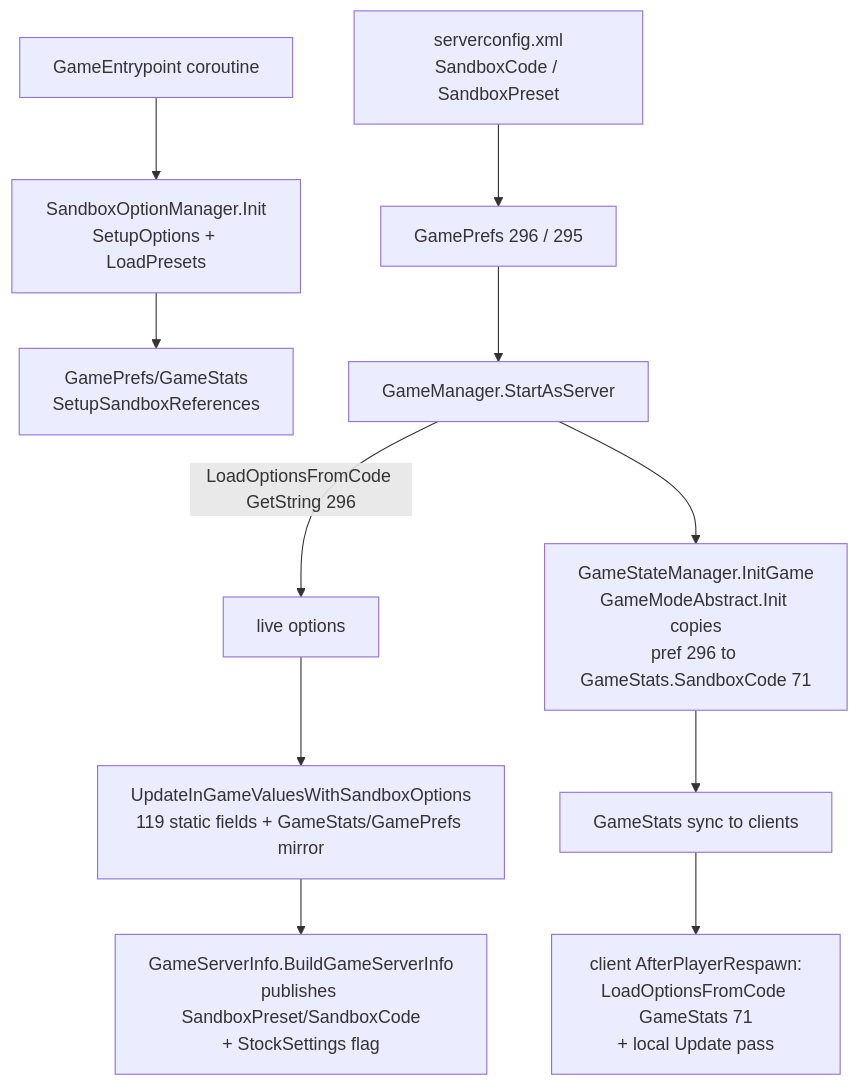
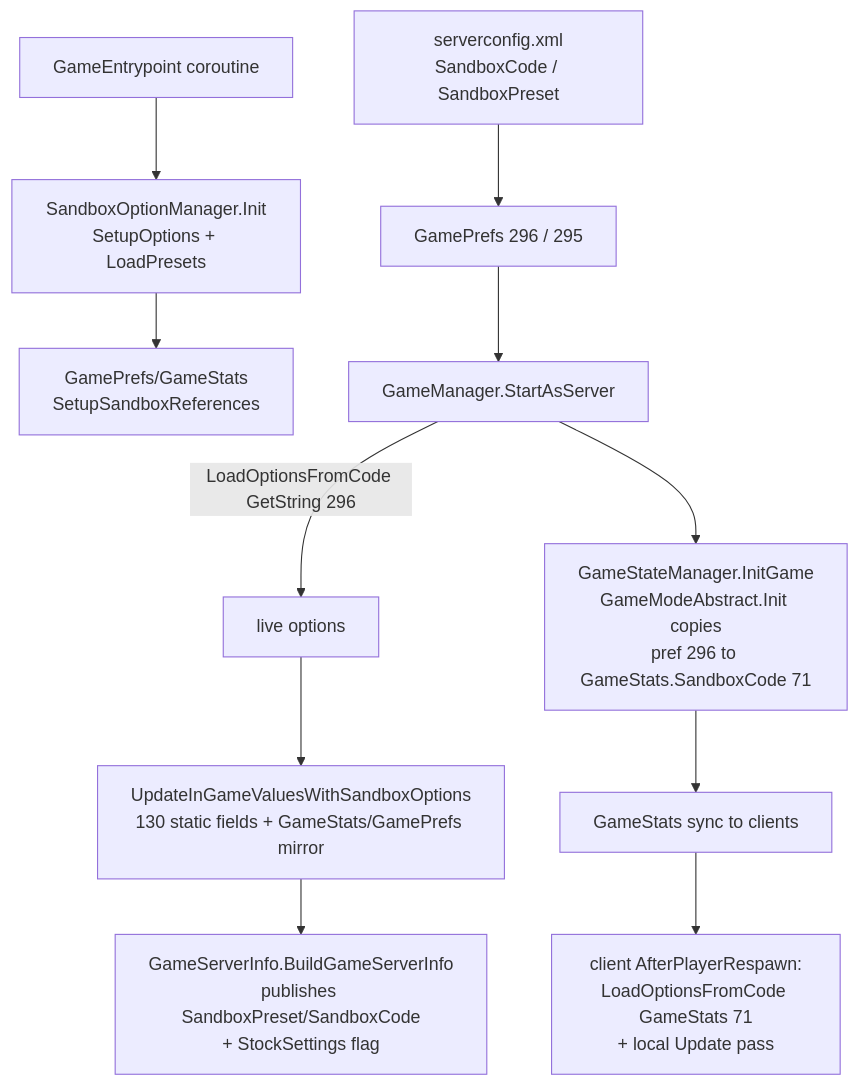
One commit to hordeforge/7dtd-engine-research changed the second of 2 diagrams in docs/sandbox-options.md. Above: the diagram before and after it, drawn with Mermaid. The commit also changed other lines of this file, not shown here.

Commit message:
Tier-C: sandbox fan-out count corrected to 130 distinct stsfld targets (132 sites, machine-counted); was ~119

````diff
--- a/docs/sandbox-options.md
+++ b/docs/sandbox-options.md
@@ -372,13 +372,13 @@
 ```mermaid
 flowchart TD
   SC[serverconfig.xml\nSandboxCode / SandboxPreset] --> GP[GamePrefs 296 / 295]
   ENTRY[GameEntrypoint coroutine] --> INIT[SandboxOptionManager.Init\nSetupOptions + LoadPresets]
   INIT --> BR[GamePrefs/GameStats\nSetupSandboxReferences]
   GP --> SAS[GameManager.StartAsServer]
   SAS -->|LoadOptionsFromCode GetString 296| MGR[live options]
   SAS --> IG[GameStateManager.InitGame\nGameModeAbstract.Init copies\npref 296 to GameStats.SandboxCode 71]
-  MGR --> UPD[UpdateInGameValuesWithSandboxOptions\n119 static fields + GameStats/GamePrefs mirror]
+  MGR --> UPD[UpdateInGameValuesWithSandboxOptions\n130 static fields + GameStats/GamePrefs mirror]
   UPD --> GSI[GameServerInfo.BuildGameServerInfo\npublishes SandboxPreset/SandboxCode\n+ StockSettings flag]
   IG --> SYNC[GameStats sync to clients]
   SYNC --> CL[client AfterPlayerRespawn:\nLoadOptionsFromCode GameStats 71\n+ local Update pass]
 ```
````
